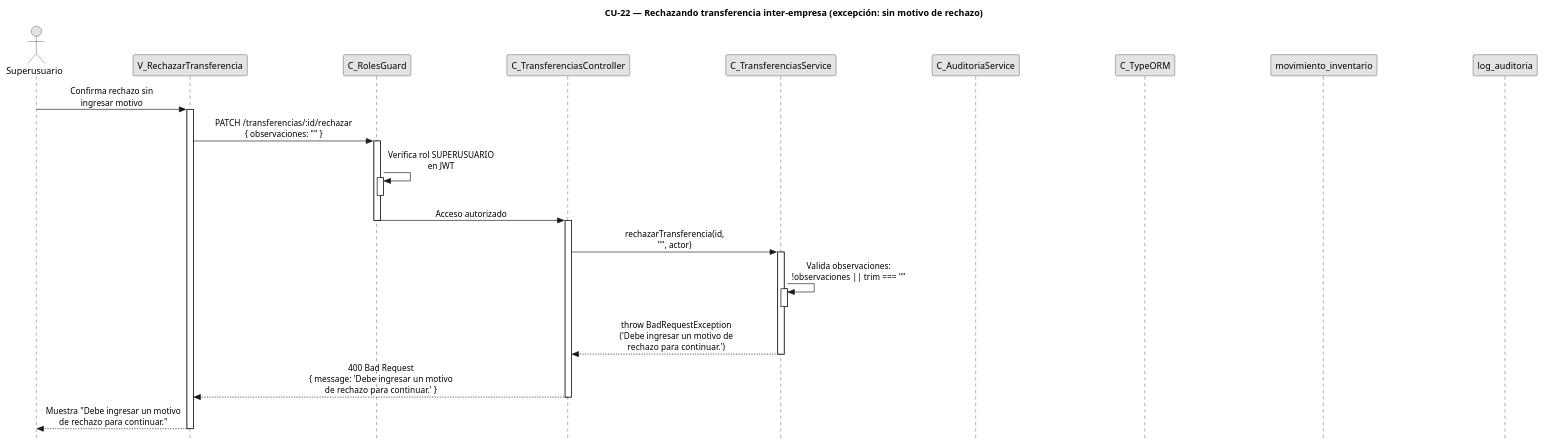
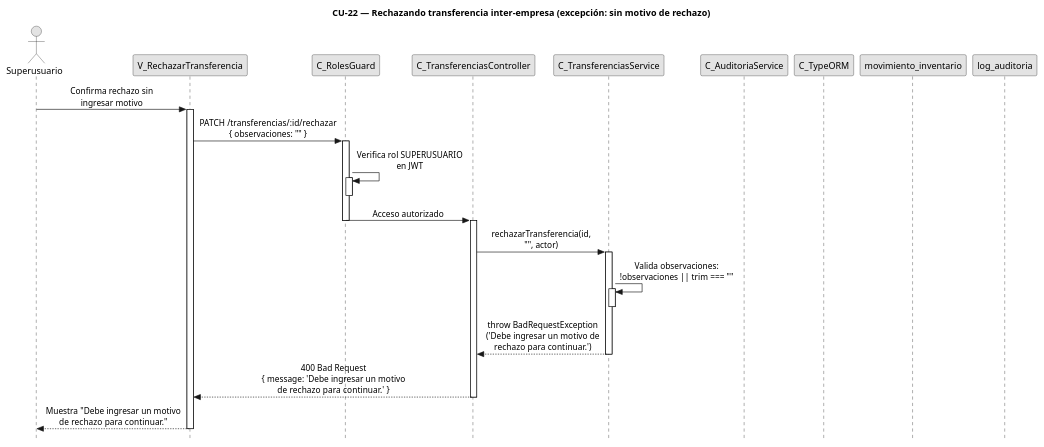
One commit to FSM-Finet-y-Cable-Magico/Team_1-Inventario-y-Bodega changed the diagram in diagramas/diagramas-secuencia/CU22/CU22-exc-sin-motivo.puml. Above: the diagram before and after it, drawn with PlantUML. The commit also changed 107 other files, not shown here.

Commit message:
fix: migrar diagramas de secuencia a bloque <style> (quita banner CSS de kroki)

```diff
--- a/diagramas/diagramas-secuencia/CU22/CU22-exc-sin-motivo.puml
+++ b/diagramas/diagramas-secuencia/CU22/CU22-exc-sin-motivo.puml
@@ -1,57 +1,65 @@
 @startuml CU22-exc-sin-motivo
 title CU-22 — Rechazando transferencia inter-empresa (excepción: sin motivo de rechazo)
 
 skinparam style strictuml
 skinparam monochrome true
 skinparam shadowing false
 skinparam sequenceMessageAlign center
-skinparam ParticipantPadding 70
-skinparam ActorPadding 30
+<style>
+sequenceDiagram {
+  participant {
+    Margin 35
+  }
+  actor {
+    Margin 15
+  }
+}
+</style>
 skinparam sequence {
   MessageAlign center
   LifeLineBorderColor black
 }
 hide footbox
 
 actor "Superusuario" as user
 participant "V_RechazarTransferencia" as view
 participant "C_RolesGuard" as guard
 participant "C_TransferenciasController" as ctrl
 participant "C_TransferenciasService" as svc
 participant "C_AuditoriaService" as aud
 participant "C_TypeORM" as orm
 participant "movimiento_inventario" as ment
 participant "log_auditoria" as aent
 
 user -> view : Confirma rechazo sin\ningresar motivo
 activate view
 
 view -> guard : PATCH /transferencias/:id/rechazar\n{ observaciones: "" }
 activate guard
 
 guard -> guard : Verifica rol SUPERUSUARIO\nen JWT
 activate guard
 deactivate guard
 
 guard -> ctrl : Acceso autorizado
 deactivate guard
 
 activate ctrl
 
 ctrl -> svc : rechazarTransferencia(id,\n"", actor)
 activate svc
 
 svc -> svc : Valida observaciones:\n!observaciones || trim === ""
 activate svc
 deactivate svc
 
 svc --> ctrl : throw BadRequestException\n('Debe ingresar un motivo de\nrechazo para continuar.')
 deactivate svc
 
 ctrl --> view : 400 Bad Request\n{ message: 'Debe ingresar un motivo\nde rechazo para continuar.' }
 deactivate ctrl
 
 view --> user : Muestra "Debe ingresar un motivo\nde rechazo para continuar."
 deactivate view
 
 @enduml
```
